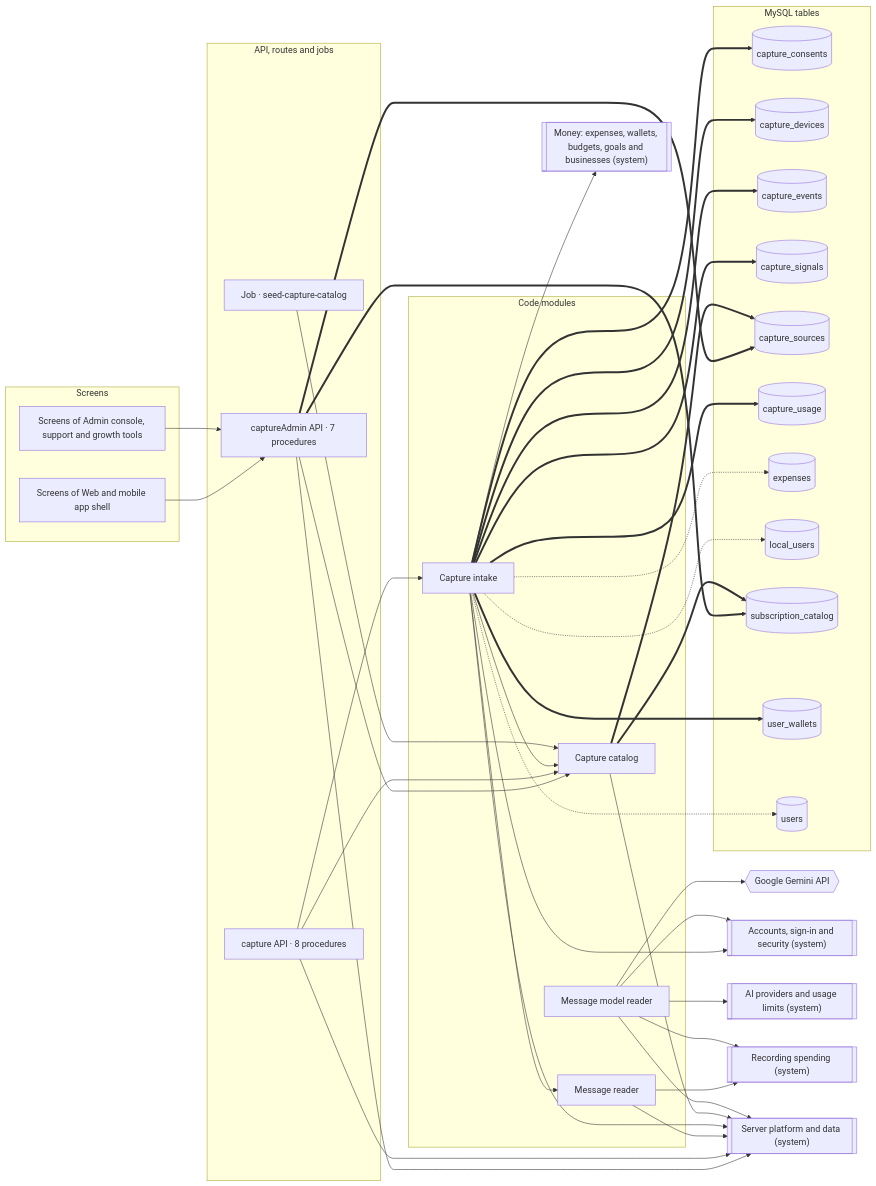
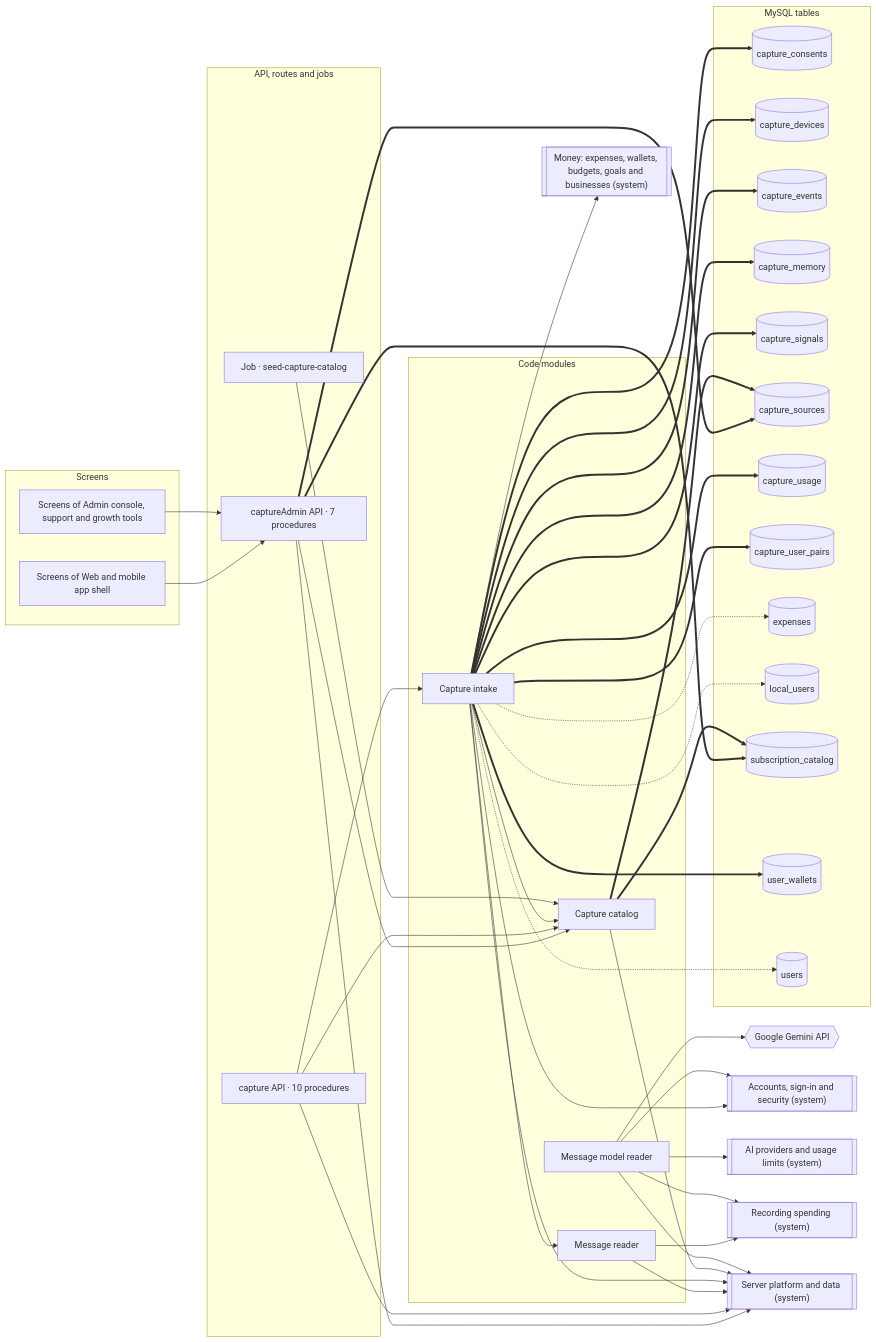
Before and after one commit to mahmoudtaherr111/smartspend_mini_all: the diagram in docs/atlas/systems/bank-messages.md, drawn with Mermaid. The commit also changed other lines of this file and 56 other files, not shown here.

First line of the commit message:
feat(capture): memory and recording on its own for opened pairs, with undo

````diff
--- a/docs/atlas/systems/bank-messages.md
+++ b/docs/atlas/systems/bank-messages.md
@@ -13,71 +13,75 @@
 ```mermaid
 flowchart LR
   subgraph g_screens["Screens"]
     screens_admin["Screens of Admin console, support and growth tools"]
     screens_web_app["Screens of Web and mobile app shell"]
   end
   subgraph g_api["API, routes and jobs"]
     job_seed_capture_catalog["Job · seed-capture-catalog"]
     router_captureAdmin["captureAdmin API · 7 procedures"]
-    router_capture["capture API · 8 procedures"]
+    router_capture["capture API · 10 procedures"]
   end
   subgraph g_modules["Code modules"]
     mod_capture_ai_reader["Message model reader"]
     mod_capture_catalog["Capture catalog"]
     mod_capture_intake["Capture intake"]
     mod_capture_reader["Message reader"]
   end
   subgraph g_tables["MySQL tables"]
     tbl_capture_consents[("capture_consents")]
     tbl_capture_devices[("capture_devices")]
     tbl_capture_events[("capture_events")]
+    tbl_capture_memory[("capture_memory")]
     tbl_capture_signals[("capture_signals")]
     tbl_capture_sources[("capture_sources")]
     tbl_capture_usage[("capture_usage")]
+    tbl_capture_user_pairs[("capture_user_pairs")]
     tbl_expenses[("expenses")]
     tbl_local_users[("local_users")]
     tbl_subscription_catalog[("subscription_catalog")]
     tbl_user_wallets[("user_wallets")]
     tbl_users[("users")]
   end
   ext_gemini{{"Google Gemini API"}}
   sys_accounts[["Accounts, sign-in and security (system)"]]
   sys_ai_platform[["AI providers and usage limits (system)"]]
   sys_expense_capture[["Recording spending (system)"]]
   sys_money[["Money: expenses, wallets, budgets, goals and businesses (system)"]]
   sys_platform[["Server platform and data (system)"]]
   job_seed_capture_catalog --> mod_capture_catalog
   mod_capture_ai_reader --> ext_gemini
   mod_capture_ai_reader --> sys_accounts
   mod_capture_ai_reader --> sys_ai_platform
   mod_capture_ai_reader --> sys_expense_capture
   mod_capture_ai_reader --> sys_platform
   mod_capture_catalog --> sys_platform
   mod_capture_catalog ==> tbl_capture_sources
   mod_capture_catalog ==> tbl_subscription_catalog
   mod_capture_intake --> mod_capture_catalog
   mod_capture_intake --> mod_capture_reader
   mod_capture_intake --> sys_accounts
   mod_capture_intake --> sys_money
   mod_capture_intake --> sys_platform
   mod_capture_intake -.-> tbl_expenses
   mod_capture_intake -.-> tbl_local_users
   mod_capture_intake -.-> tbl_users
   mod_capture_intake ==> tbl_capture_consents
   mod_capture_intake ==> tbl_capture_devices
   mod_capture_intake ==> tbl_capture_events
+  mod_capture_intake ==> tbl_capture_memory
   mod_capture_intake ==> tbl_capture_signals
   mod_capture_intake ==> tbl_capture_usage
+  mod_capture_intake ==> tbl_capture_user_pairs
   mod_capture_intake ==> tbl_user_wallets
   mod_capture_reader --> sys_expense_capture
   mod_capture_reader --> sys_platform
   router_capture --> mod_capture_catalog
   router_capture --> mod_capture_intake
   router_capture --> sys_platform
   router_captureAdmin --> mod_capture_catalog
   router_captureAdmin --> sys_platform
   router_captureAdmin ==> tbl_capture_sources
   router_captureAdmin ==> tbl_subscription_catalog
   screens_admin --> router_captureAdmin
   screens_web_app --> router_captureAdmin
 ```
````
